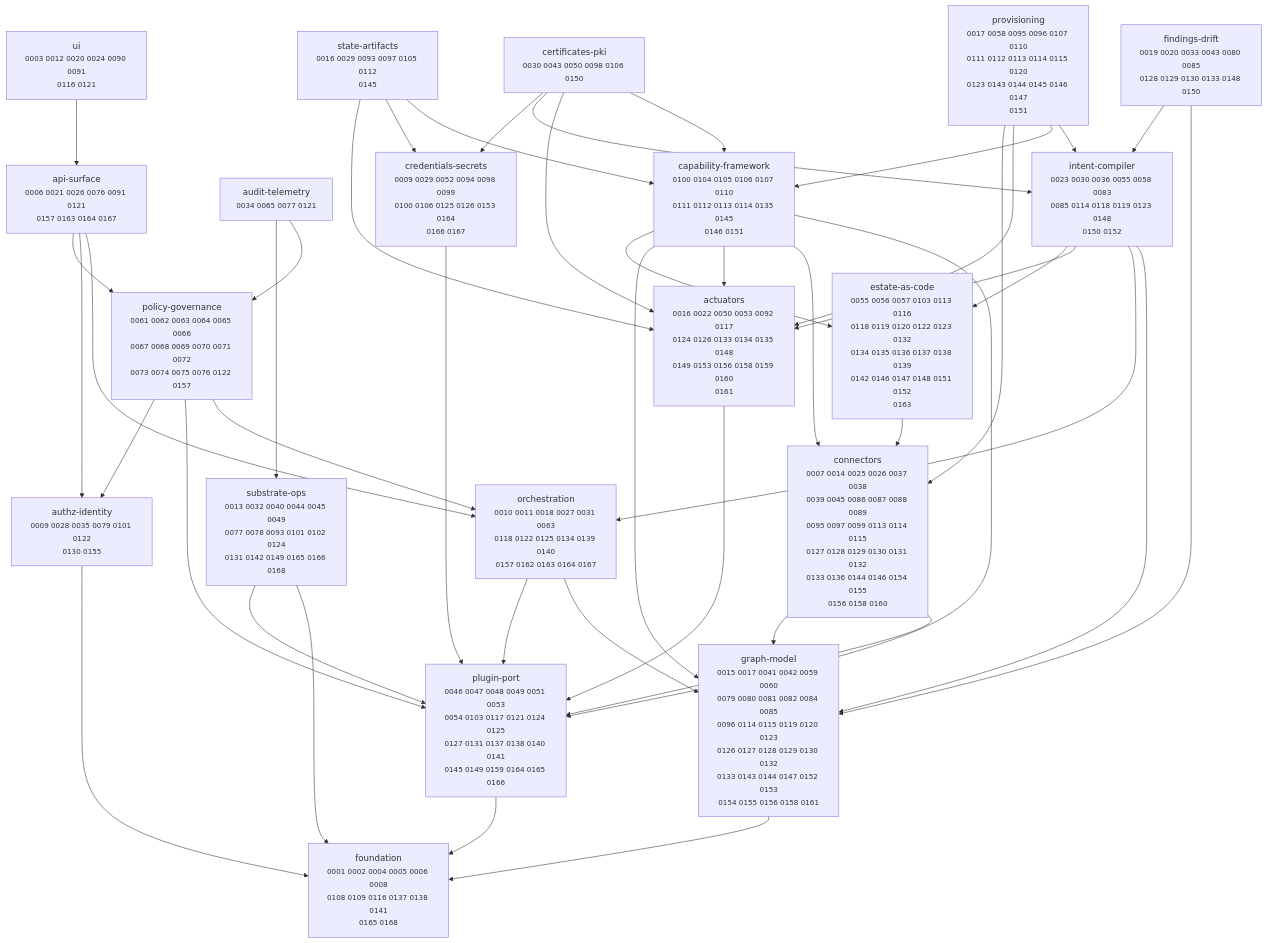
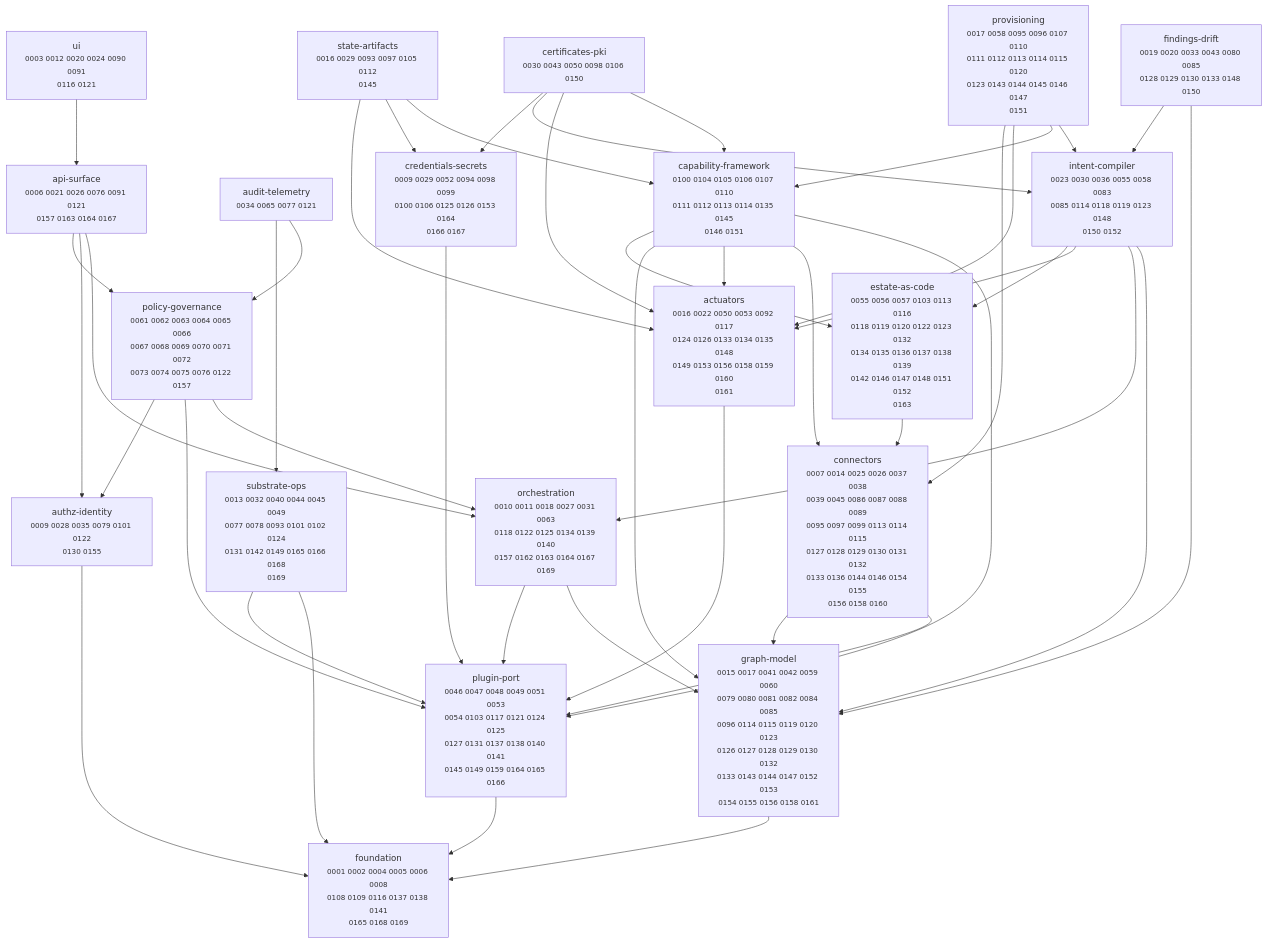
The diagram in docs/adr/MAP.md (dstout-devops/stratt), drawn with Mermaid before and after one commit. The commit also changed other lines of this file and 7 other files, not shown here.

````diff
--- a/docs/adr/MAP.md
+++ b/docs/adr/MAP.md
@@ -11,67 +11,67 @@
 ```mermaid
 graph TD
   actuators["actuators<br/><small>0016 0022 0050 0053 0092 0117<br/>0124 0126 0133 0134 0135 0148<br/>0149 0153 0156 0158 0159 0160<br/>0161</small>"]
   api_surface["api-surface<br/><small>0006 0021 0026 0076 0091 0121<br/>0157 0163 0164 0167</small>"]
   audit_telemetry["audit-telemetry<br/><small>0034 0065 0077 0121</small>"]
   authz_identity["authz-identity<br/><small>0009 0028 0035 0079 0101 0122<br/>0130 0155</small>"]
   capability_framework["capability-framework<br/><small>0100 0104 0105 0106 0107 0110<br/>0111 0112 0113 0114 0135 0145<br/>0146 0151</small>"]
   certificates_pki["certificates-pki<br/><small>0030 0043 0050 0098 0106 0150</small>"]
   connectors["connectors<br/><small>0007 0014 0025 0026 0037 0038<br/>0039 0045 0086 0087 0088 0089<br/>0095 0097 0099 0113 0114 0115<br/>0127 0128 0129 0130 0131 0132<br/>0133 0136 0144 0146 0154 0155<br/>0156 0158 0160</small>"]
   credentials_secrets["credentials-secrets<br/><small>0009 0029 0052 0094 0098 0099<br/>0100 0106 0125 0126 0153 0164<br/>0166 0167</small>"]
   estate_as_code["estate-as-code<br/><small>0055 0056 0057 0103 0113 0116<br/>0118 0119 0120 0122 0123 0132<br/>0134 0135 0136 0137 0138 0139<br/>0142 0146 0147 0148 0151 0152<br/>0163</small>"]
   findings_drift["findings-drift<br/><small>0019 0020 0033 0043 0080 0085<br/>0128 0129 0130 0133 0148 0150</small>"]
-  foundation["foundation<br/><small>0001 0002 0004 0005 0006 0008<br/>0108 0109 0116 0137 0138 0141<br/>0165 0168</small>"]
+  foundation["foundation<br/><small>0001 0002 0004 0005 0006 0008<br/>0108 0109 0116 0137 0138 0141<br/>0165 0168 0169</small>"]
   graph_model["graph-model<br/><small>0015 0017 0041 0042 0059 0060<br/>0079 0080 0081 0082 0084 0085<br/>0096 0114 0115 0119 0120 0123<br/>0126 0127 0128 0129 0130 0132<br/>0133 0143 0144 0147 0152 0153<br/>0154 0155 0156 0158 0161</small>"]
   intent_compiler["intent-compiler<br/><small>0023 0030 0036 0055 0058 0083<br/>0085 0114 0118 0119 0123 0148<br/>0150 0152</small>"]
-  orchestration["orchestration<br/><small>0010 0011 0018 0027 0031 0063<br/>0118 0122 0125 0134 0139 0140<br/>0157 0162 0163 0164 0167</small>"]
+  orchestration["orchestration<br/><small>0010 0011 0018 0027 0031 0063<br/>0118 0122 0125 0134 0139 0140<br/>0157 0162 0163 0164 0167 0169</small>"]
   plugin_port["plugin-port<br/><small>0046 0047 0048 0049 0051 0053<br/>0054 0103 0117 0121 0124 0125<br/>0127 0131 0137 0138 0140 0141<br/>0145 0149 0159 0164 0165 0166</small>"]
   policy_governance["policy-governance<br/><small>0061 0062 0063 0064 0065 0066<br/>0067 0068 0069 0070 0071 0072<br/>0073 0074 0075 0076 0122 0157</small>"]
   provisioning["provisioning<br/><small>0017 0058 0095 0096 0107 0110<br/>0111 0112 0113 0114 0115 0120<br/>0123 0143 0144 0145 0146 0147<br/>0151</small>"]
   state_artifacts["state-artifacts<br/><small>0016 0029 0093 0097 0105 0112<br/>0145</small>"]
-  substrate_ops["substrate-ops<br/><small>0013 0032 0040 0044 0045 0049<br/>0077 0078 0093 0101 0102 0124<br/>0131 0142 0149 0165 0166 0168</small>"]
+  substrate_ops["substrate-ops<br/><small>0013 0032 0040 0044 0045 0049<br/>0077 0078 0093 0101 0102 0124<br/>0131 0142 0149 0165 0166 0168<br/>0169</small>"]
   ui["ui<br/><small>0003 0012 0020 0024 0090 0091<br/>0116 0121</small>"]
 
   actuators --> plugin_port
   api_surface --> orchestration
   api_surface --> authz_identity
   api_surface --> policy_governance
   audit_telemetry --> policy_governance
   audit_telemetry --> substrate_ops
   authz_identity --> foundation
   capability_framework --> plugin_port
   capability_framework --> connectors
   capability_framework --> actuators
   capability_framework --> graph_model
   capability_framework --> estate_as_code
   certificates_pki --> capability_framework
   certificates_pki --> actuators
   certificates_pki --> intent_compiler
   certificates_pki --> credentials_secrets
   connectors --> plugin_port
   connectors --> graph_model
   credentials_secrets --> plugin_port
   estate_as_code --> connectors
   findings_drift --> graph_model
   findings_drift --> intent_compiler
   graph_model --> foundation
   intent_compiler --> graph_model
   intent_compiler --> orchestration
   intent_compiler --> actuators
   intent_compiler --> estate_as_code
   orchestration --> graph_model
   orchestration --> plugin_port
   plugin_port --> foundation
   policy_governance --> orchestration
   policy_governance --> plugin_port
   policy_governance --> authz_identity
   provisioning --> intent_compiler
   provisioning --> capability_framework
   provisioning --> actuators
   provisioning --> connectors
   state_artifacts --> capability_framework
   state_artifacts --> credentials_secrets
   state_artifacts --> actuators
   substrate_ops --> foundation
   substrate_ops --> plugin_port
   ui --> api_surface
 ```
````
